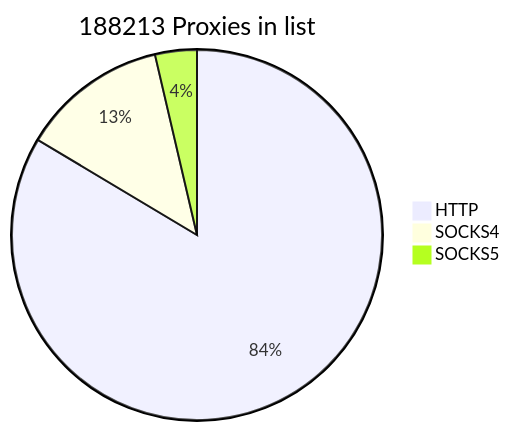
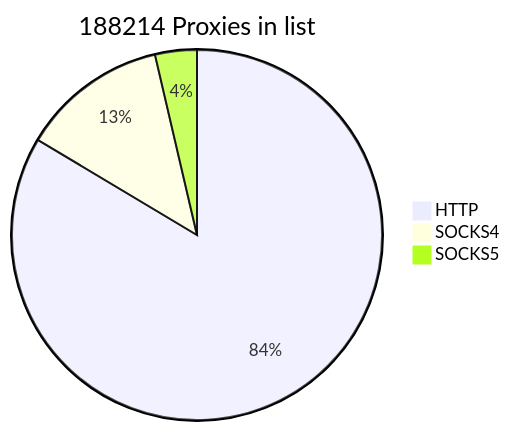
One commit to cutipu/proxylist changed the first of 2 diagrams in README.md. Above: the diagram before and after it, drawn with Mermaid. The commit also changed other lines of this file, not shown here.

````diff
--- a/README.md
+++ b/README.md
@@ -2,7 +2,7 @@
 ```mermaid
-pie title 188213 Proxies in list
+pie title 188214 Proxies in list
     "HTTP" : 157297
     "SOCKS4" : 24053
-    "SOCKS5" : 6863
+    "SOCKS5" : 6864
             
 ```
````
